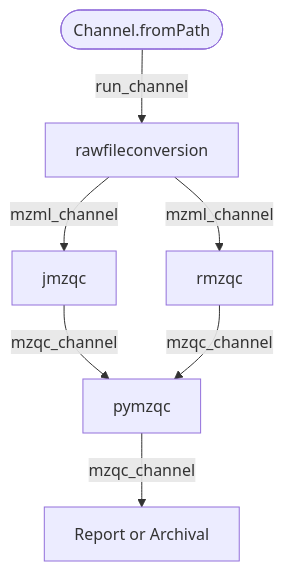
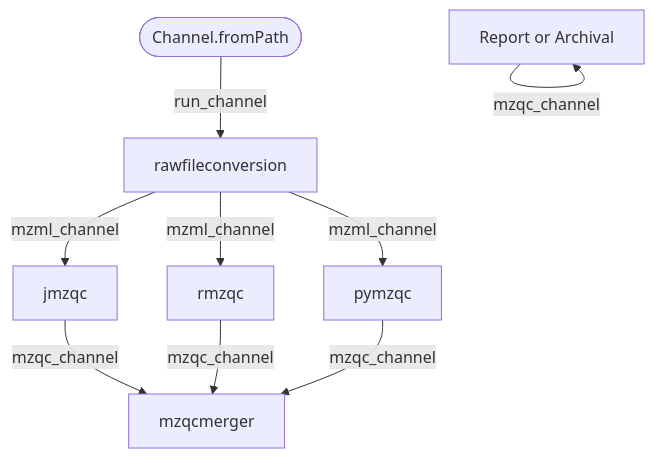
The diagram in workflow/README.md (MS-Quality-Hub/mzqclib-manuscript), drawn with Mermaid before and after one commit. The commit also changed other lines of this file and 4 other files, not shown here.

````diff
--- a/workflow/README.md
+++ b/workflow/README.md
@@ -64,15 +5,18 @@
 ```mermaid
 flowchart TD
     p0([Channel.fromPath])
     p1[rawfileconversion]
     p2[jmzqc]
     p3[rmzqc]
     p4[pymzqc]
-    p5[Report or Archival]
+    p5[mzqcmerger]
+    p6[Report or Archival]
     p0 -->|run_channel| p1
     p1 -->|mzml_channel| p2
     p1 -->|mzml_channel| p3
-    p2 -->|mzqc_channel| p4
-    p3 -->|mzqc_channel| p4
-    p4 -->|mzqc_channel| p5    
+    p1 -->|mzml_channel| p4
+    p2 -->|mzqc_channel| p5
+    p3 -->|mzqc_channel| p5
+    p4 -->|mzqc_channel| p5
+    p6 -->|mzqc_channel| p6    
 ```
````
